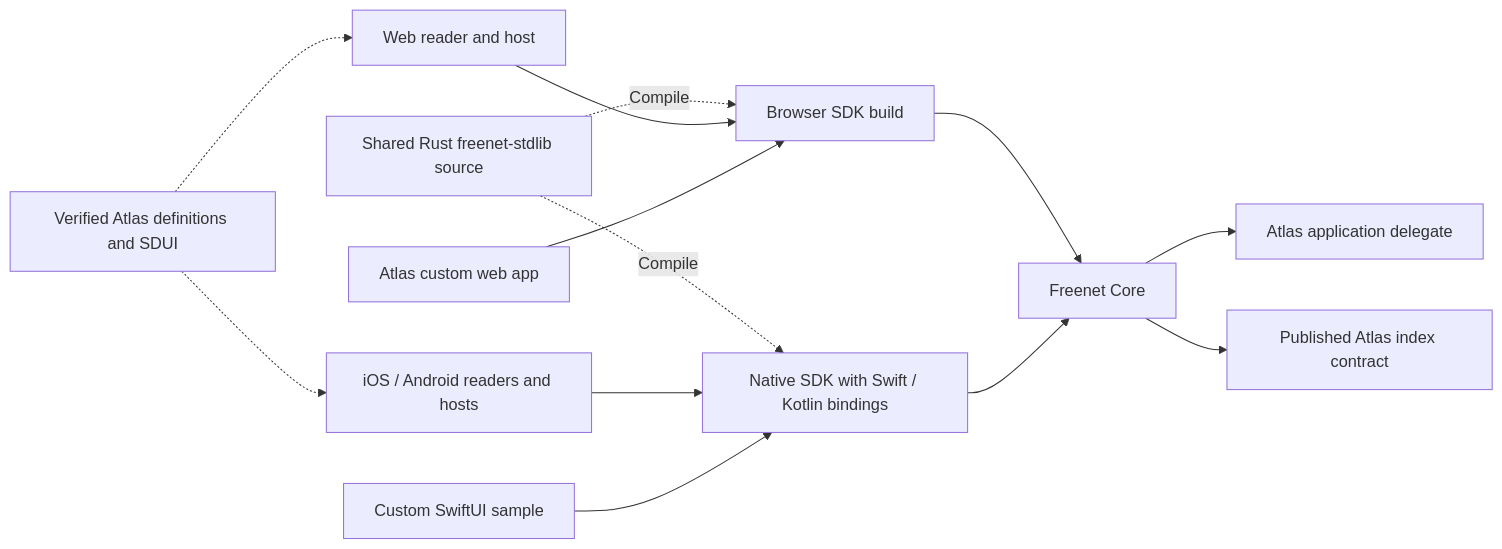
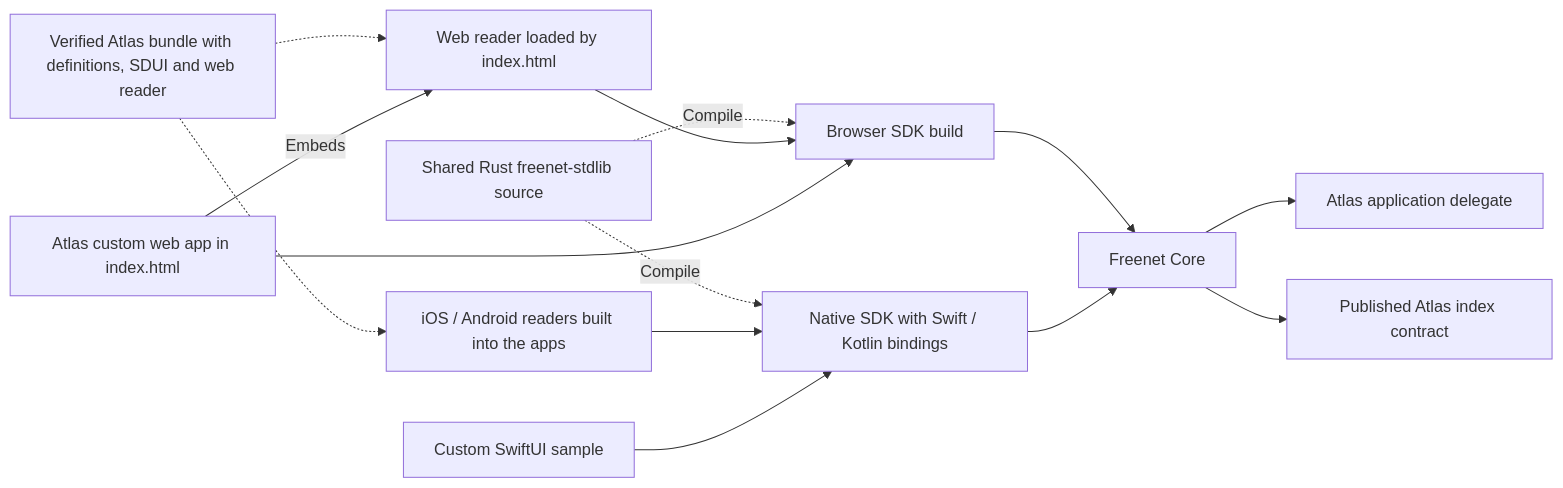
One commit to EVY-Platform/evy-freenet-plans changed the diagram in atlas-sample/README.md. Above: the diagram before and after it, drawn with Mermaid. The commit also changed other lines of this file and 17 other files, not shown here.

````diff
--- a/atlas-sample/README.md
+++ b/atlas-sample/README.md
@@ -37,15 +37,16 @@
 ```mermaid
 flowchart LR
     Source["Shared Rust freenet-stdlib source"] -.->|"Compile"| Browser["Browser SDK build"]
     Source -.->|"Compile"| Native["Native SDK with Swift / Kotlin bindings"]
-    Bundle["Verified Atlas definitions and SDUI"] -.-> Web["Web reader and host"]
-    Bundle -.-> Mobile["iOS / Android readers and hosts"]
+    Bundle["Verified Atlas bundle with definitions, SDUI and web reader"] -.-> Web["Web reader loaded by index.html"]
+    Bundle -.-> Mobile["iOS / Android readers built into the apps"]
     Web --> Browser
-    CustomWeb["Atlas custom web app"] --> Browser
+    CustomWeb["Atlas custom web app in index.html"] -->|"Embeds"| Web
+    CustomWeb --> Browser
     Mobile --> Native
     Custom["Custom SwiftUI sample"] --> Native
     Browser --> Core["Freenet Core"]
     Native --> Core
     Core --> Delegate["Atlas application delegate"]
     Core --> Index["Published Atlas index contract"]
 ```
````
